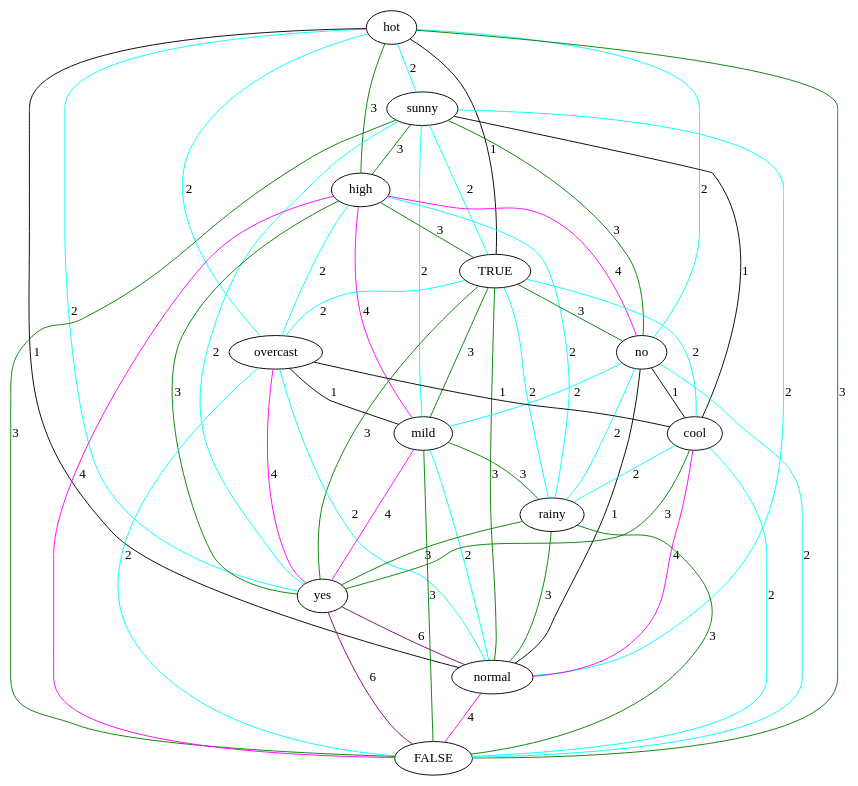
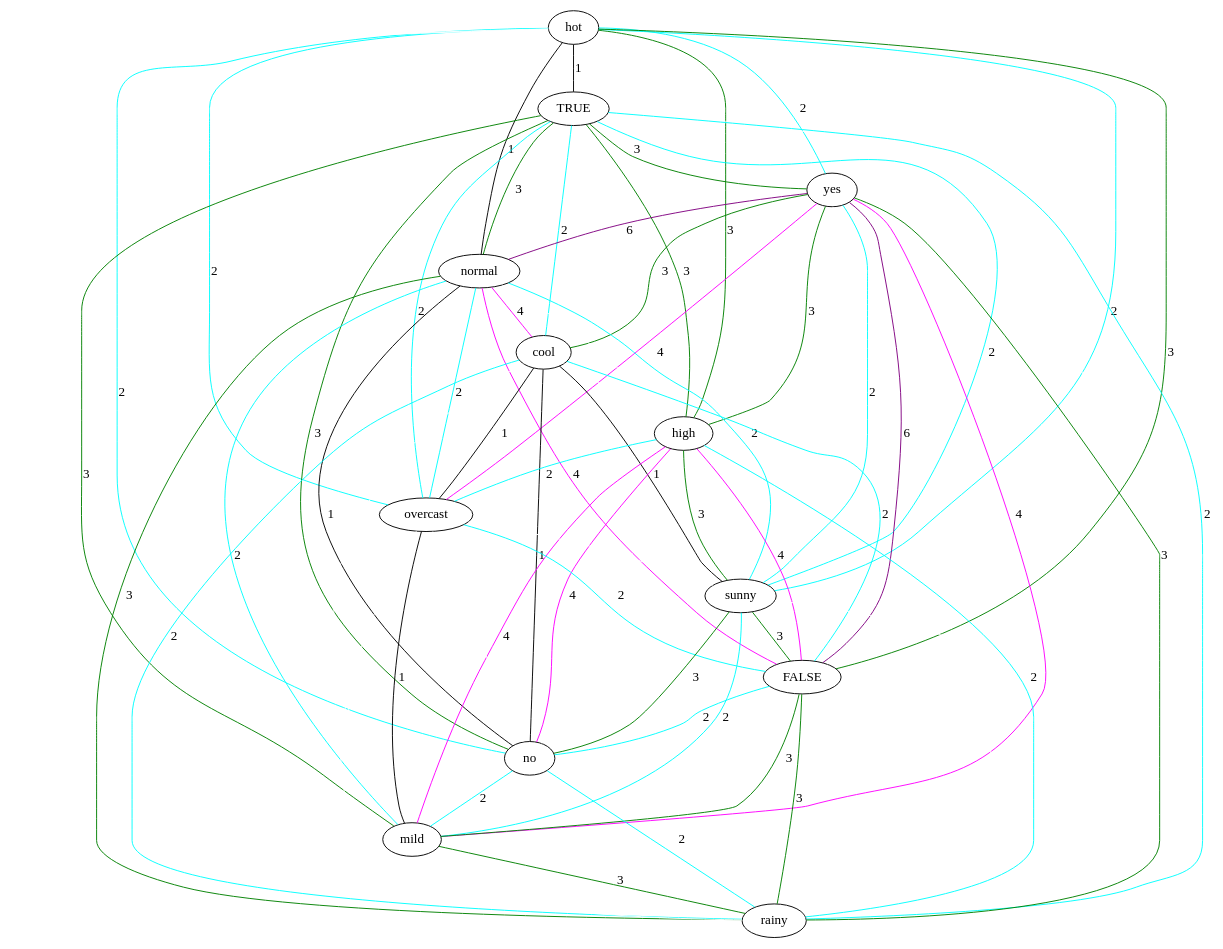
One commit to lrodrin/TFG changed the diagram in src/final/linearGraph.dot. Above: the diagram before and after it, drawn with Graphviz. The commit also changed 24 other files, not shown here.

```diff
--- a/src/final/linearGraph.dot
+++ b/src/final/linearGraph.dot
@@ -1,68 +1,80 @@
 strict graph "" {
 hot;
-sunny;
-high;
 TRUE;
-no;
-overcast;
-mild;
-cool;
-rainy;
 yes;
 normal;
+cool;
+high;
+overcast;
+sunny;
 FALSE;
+no;
+mild;
+rainy;
 hot -- sunny  [color=cyan, label=2];
-hot -- high  [color=green, label=3];
+hot -- rainy  [color=white];
 hot -- TRUE  [color=black, label=1];
 hot -- yes  [color=cyan, label=2];
 hot -- no  [color=cyan, label=2];
 hot -- normal  [color=black, label=1];
+hot -- cool  [color=white];
+hot -- FALSE  [color=green, label=3];
+hot -- high  [color=green, label=3];
+hot -- mild  [color=white];
 hot -- overcast  [color=cyan, label=2];
-hot -- FALSE  [color=green, label=3];
-sunny -- mild  [color=cyan, label=2];
-sunny -- high  [color=green, label=3];
-sunny -- cool  [color=black, label=1];
-sunny -- TRUE  [color=cyan, label=2];
-sunny -- yes  [color=cyan, label=2];
-sunny -- no  [color=green, label=3];
-sunny -- normal  [color=cyan, label=2];
-sunny -- FALSE  [color=green, label=3];
-high -- mild  [color=magenta, label=4];
-high -- overcast  [color=cyan, label=2];
-high -- TRUE  [color=green, label=3];
-high -- yes  [color=green, label=3];
-high -- no  [color=magenta, label=4];
-high -- rainy  [color=cyan, label=2];
-high -- FALSE  [color=magenta, label=4];
-TRUE -- cool  [color=cyan, label=2];
 TRUE -- rainy  [color=cyan, label=2];
+TRUE -- yes  [color=green, label=3];
 TRUE -- no  [color=green, label=3];
 TRUE -- normal  [color=green, label=3];
-TRUE -- yes  [color=green, label=3];
+TRUE -- cool  [color=cyan, label=2];
+TRUE -- FALSE  [color=white];
+TRUE -- high  [color=green, label=3];
+TRUE -- sunny  [color=cyan, label=2];
 TRUE -- overcast  [color=cyan, label=2];
 TRUE -- mild  [color=green, label=3];
+yes -- rainy  [color=green, label=3];
+yes -- FALSE  [color=purple, label=6];
+yes -- no  [color=white];
+yes -- normal  [color=purple, label=6];
+yes -- cool  [color=green, label=3];
+yes -- mild  [color=magenta, label=4];
+yes -- high  [color=green, label=3];
+yes -- sunny  [color=cyan, label=2];
+yes -- overcast  [color=magenta, label=4];
+normal -- rainy  [color=green, label=3];
+normal -- no  [color=black, label=1];
+normal -- mild  [color=cyan, label=2];
+normal -- cool  [color=magenta, label=4];
+normal -- FALSE  [color=magenta, label=4];
+normal -- high  [color=white];
+normal -- sunny  [color=cyan, label=2];
+normal -- overcast  [color=cyan, label=2];
+cool -- rainy  [color=cyan, label=2];
+cool -- no  [color=black, label=1];
+cool -- mild  [color=white];
+cool -- FALSE  [color=cyan, label=2];
+cool -- high  [color=white];
+cool -- sunny  [color=black, label=1];
+cool -- overcast  [color=black, label=1];
+high -- rainy  [color=cyan, label=2];
+high -- no  [color=magenta, label=4];
+high -- FALSE  [color=magenta, label=4];
+high -- sunny  [color=green, label=3];
+high -- overcast  [color=cyan, label=2];
+high -- mild  [color=magenta, label=4];
+overcast -- no  [color=white];
+overcast -- FALSE  [color=cyan, label=2];
+overcast -- sunny  [color=white];
+overcast -- rainy  [color=white];
+overcast -- mild  [color=black, label=1];
+sunny -- rainy  [color=white];
+sunny -- no  [color=green, label=3];
+sunny -- FALSE  [color=green, label=3];
+sunny -- mild  [color=cyan, label=2];
+FALSE -- rainy  [color=green, label=3];
+FALSE -- no  [color=cyan, label=2];
+FALSE -- mild  [color=green, label=3];
+no -- rainy  [color=cyan, label=2];
 no -- mild  [color=cyan, label=2];
-no -- cool  [color=black, label=1];
-no -- rainy  [color=cyan, label=2];
-no -- normal  [color=black, label=1];
-no -- FALSE  [color=cyan, label=2];
-overcast -- mild  [color=black, label=1];
-overcast -- cool  [color=black, label=1];
-overcast -- yes  [color=magenta, label=4];
-overcast -- normal  [color=cyan, label=2];
-overcast -- FALSE  [color=cyan, label=2];
-mild -- yes  [color=magenta, label=4];
 mild -- rainy  [color=green, label=3];
-mild -- normal  [color=cyan, label=2];
-mild -- FALSE  [color=green, label=3];
-cool -- yes  [color=green, label=3];
-cool -- rainy  [color=cyan, label=2];
-cool -- normal  [color=magenta, label=4];
-cool -- FALSE  [color=cyan, label=2];
-rainy -- yes  [color=green, label=3];
-rainy -- normal  [color=green, label=3];
-rainy -- FALSE  [color=green, label=3];
-yes -- normal  [color=purple, label=6];
-yes -- FALSE  [color=purple, label=6];
-normal -- FALSE  [color=magenta, label=4];
 }
```
